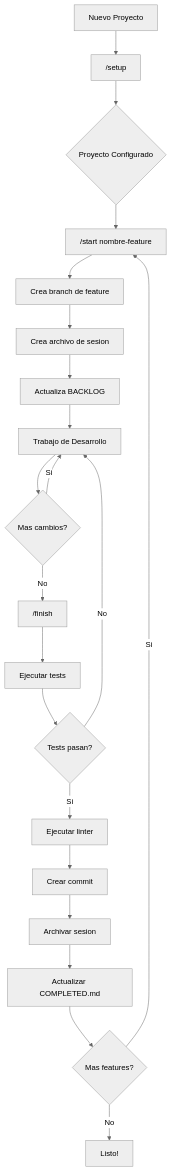
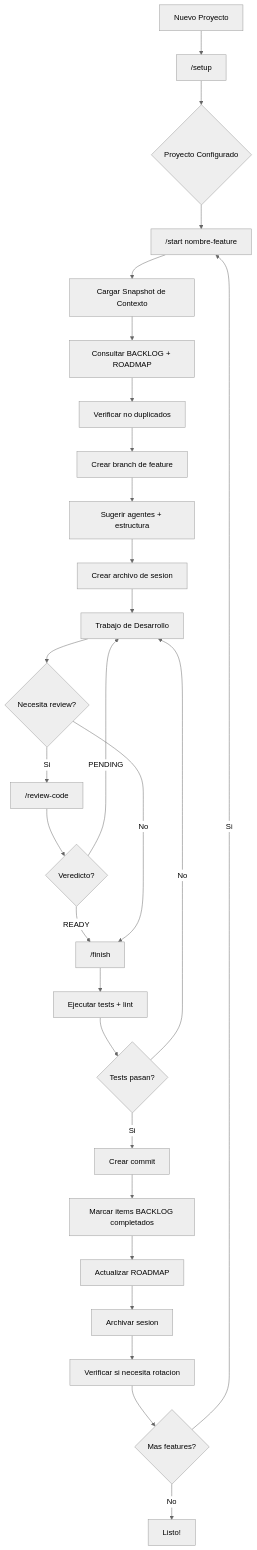
One commit to brujoh88/workflowIA changed the first of 6 diagrams in README.es.md. Above: the diagram before and after it, drawn with Mermaid (neutral theme). The commit also changed other lines of this file and 23 other files, not shown here.

````diff
--- a/README.es.md
+++ b/README.es.md
@@ -57,26 +71,33 @@
 ```mermaid
 flowchart TD
     A[Nuevo Proyecto] --> B["`/setup`"]
     B --> C{Proyecto Configurado}
 
     C --> D["`/start nombre-feature`"]
-    D --> E[Crea branch de feature]
-    E --> F[Crea archivo de sesion]
-    F --> G[Actualiza BACKLOG]
+    D --> D1[Cargar Snapshot de Contexto]
+    D1 --> D2[Consultar BACKLOG + ROADMAP]
+    D2 --> D3[Verificar no duplicados]
+    D3 --> E[Crear branch de feature]
+    E --> F[Sugerir agentes + estructura]
+    F --> G[Crear archivo de sesion]
     G --> H[Trabajo de Desarrollo]
 
-    H --> I{Mas cambios?}
-    I -->|Si| H
+    H --> I{Necesita review?}
+    I -->|Si| I2["`/review-code`"]
+    I2 --> I3{Veredicto?}
+    I3 -->|READY| J
+    I3 -->|PENDING| H
     I -->|No| J["`/finish`"]
 
-    J --> K[Ejecutar tests]
+    J --> K[Ejecutar tests + lint]
     K --> L{Tests pasan?}
     L -->|No| H
-    L -->|Si| M[Ejecutar linter]
-    M --> N[Crear commit]
-    N --> O[Archivar sesion]
-    O --> P[Actualizar COMPLETED.md]
-    P --> Q{Mas features?}
-    Q -->|Si| D
-    Q -->|No| R[Listo!]
+    L -->|Si| M[Crear commit]
+    M --> N[Marcar items BACKLOG completados]
+    N --> O[Actualizar ROADMAP]
+    O --> P[Archivar sesion]
+    P --> Q[Verificar si necesita rotacion]
+    Q --> R{Mas features?}
+    R -->|Si| D
+    R -->|No| S[Listo!]
 ```
````
